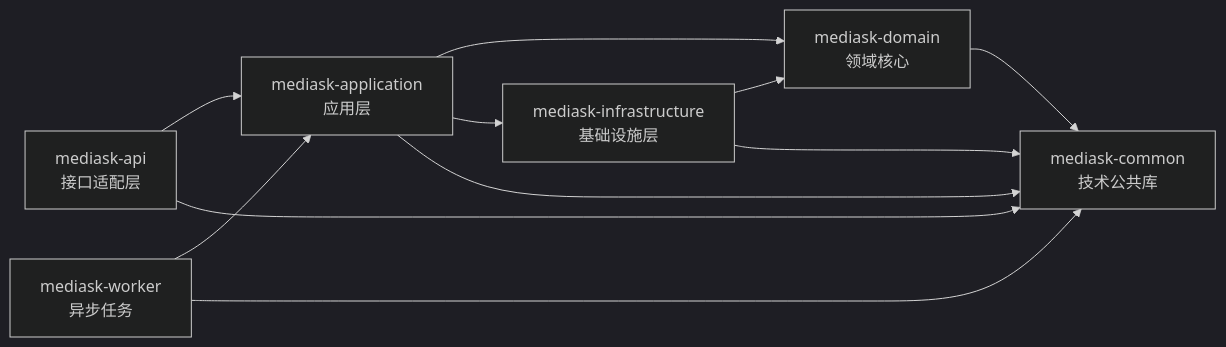
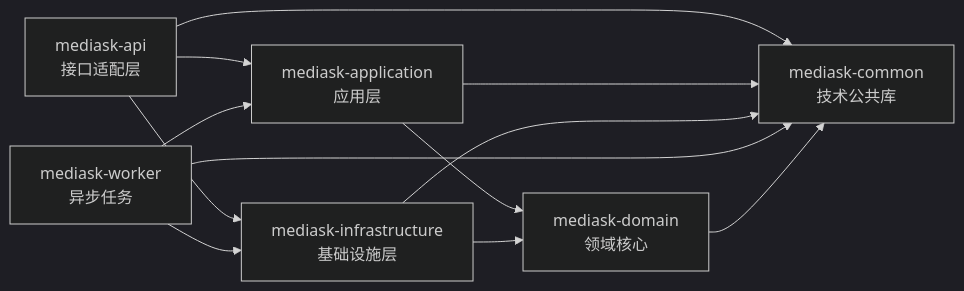
The first of 5 diagrams in docs/01-OVERVIEW.md (JianwenShaw/MediAskDocs), drawn with Mermaid (dark theme) before and after one commit. The commit also changed other lines of this file and 31 other files, not shown here.

Commit message:
feat: architecture refactor

````diff
--- a/docs/01-OVERVIEW.md
+++ b/docs/01-OVERVIEW.md
@@ -141,24 +144,25 @@
 ```mermaid
 flowchart LR
     API[mediask-api<br/>接口适配层]
     App[mediask-application<br/>应用层]
     Domain[mediask-domain<br/>领域核心]
     Infra[mediask-infrastructure<br/>基础设施层]
     Common[mediask-common<br/>技术公共库]
     Worker[mediask-worker<br/>异步任务]
 
     API --> App
+    API --> Infra
     API --> Common
 
     App --> Domain
-    App --> Infra
     App --> Common
 
     Infra --> Domain
     Infra --> Common
 
     Worker --> App
+    Worker --> Infra
     Worker --> Common
 
     Domain --> Common
 ```
````
